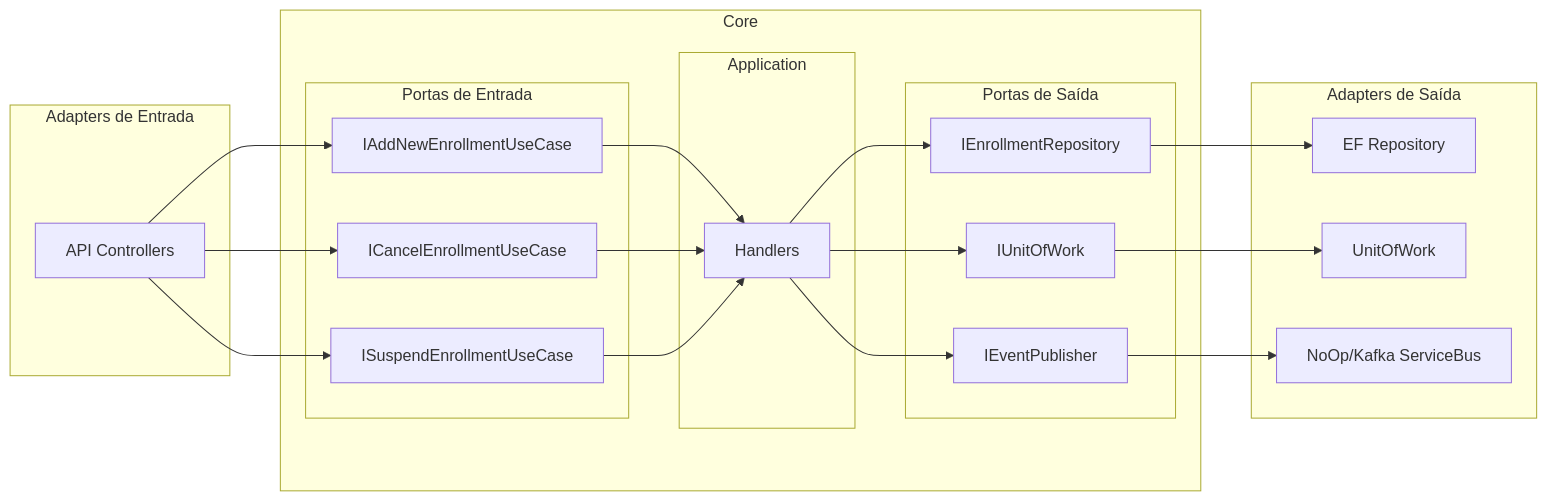
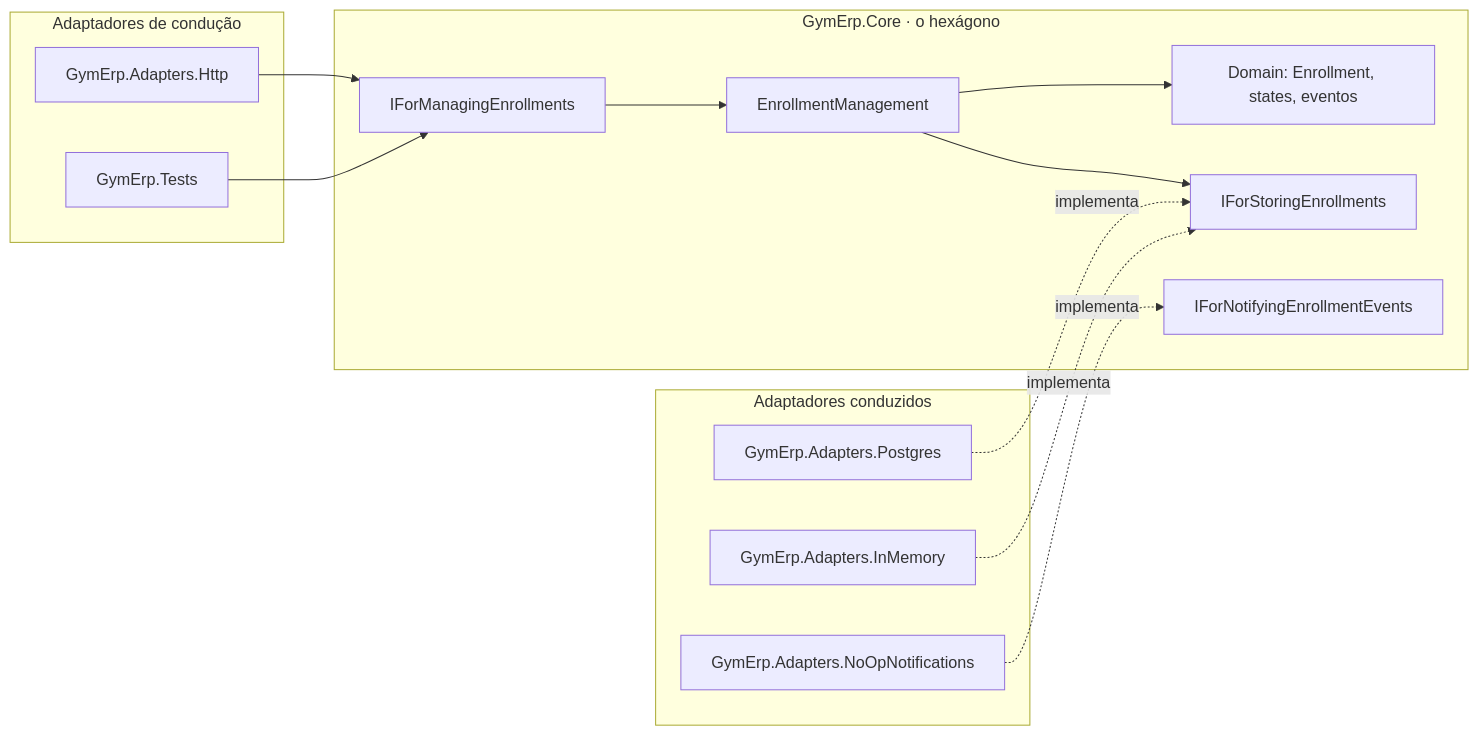
The diagram in Modulo 03/Workshop 01/Ports And Adapters/README.md (eximiaco/csharp_jeito_certo), drawn with Mermaid before and after one commit. The commit also changed other lines of this file and 217 other files, not shown here.

````diff
--- a/Modulo 03/Workshop 01/Ports And Adapters/README.md
+++ b/Modulo 03/Workshop 01/Ports And Adapters/README.md
@@ -7,38 +11,27 @@
 ```mermaid
 flowchart LR
-    subgraph adapters_in [Adapters de Entrada]
-        Api[API Controllers]
+    subgraph driving [Adaptadores de condução]
+        Http[GymErp.Adapters.Http]
+        Tests[GymErp.Tests]
     end
-    subgraph core [Core]
-        subgraph inbound [Portas de Entrada]
-            UC_Add[IAddNewEnrollmentUseCase]
-            UC_Cancel[ICancelEnrollmentUseCase]
-            UC_Suspend[ISuspendEnrollmentUseCase]
-        end
-        subgraph app [Application]
-            Handlers[Handlers]
-        end
-        subgraph outbound [Portas de Saída]
-            IRepo[IEnrollmentRepository]
-            IUoW[IUnitOfWork]
-            IEvents[IEventPublisher]
-        end
+    subgraph core [GymErp.Core · o hexágono]
+        PIn[IForManagingEnrollments]
+        App[EnrollmentManagement]
+        Dom[Domain: Enrollment, states, eventos]
+        PStore[IForStoringEnrollments]
+        PNotify[IForNotifyingEnrollmentEvents]
     end
-    subgraph adapters_out [Adapters de Saída]
-        EF[EF Repository]
-        UoWImpl[UnitOfWork]
-        NoOp[NoOp/Kafka ServiceBus]
+    subgraph driven [Adaptadores conduzidos]
+        Pg[GymErp.Adapters.Postgres]
+        Mem[GymErp.Adapters.InMemory]
+        NoOp[GymErp.Adapters.NoOpNotifications]
     end
-    Api --> UC_Add
-    Api --> UC_Cancel
-    Api --> UC_Suspend
-    UC_Add --> Handlers
-    UC_Cancel --> Handlers
-    UC_Suspend --> Handlers
-    Handlers --> IRepo
-    Handlers --> IUoW
-    Handlers --> IEvents
-    IRepo --> EF
-    IUoW --> UoWImpl
-    IEvents --> NoOp
+    Http --> PIn
+    Tests --> PIn
+    PIn --> App
+    App --> Dom
+    App --> PStore
+    Pg -. implementa .-> PStore
+    Mem -. implementa .-> PStore
+    NoOp -. implementa .-> PNotify
 ```
````
